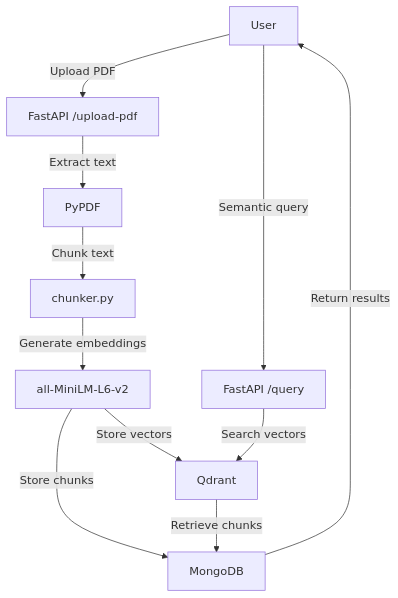
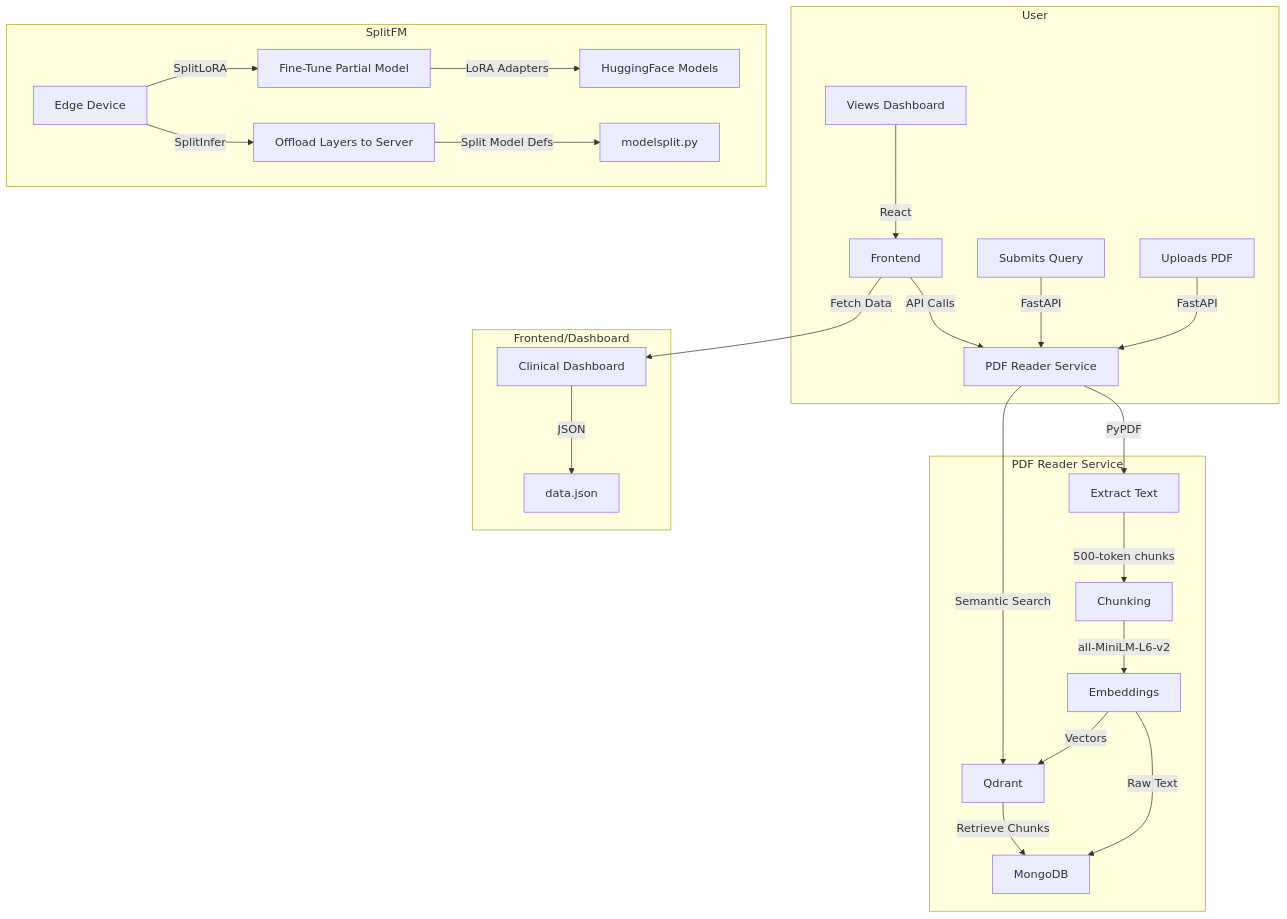
Before and after one commit to BurntDosa/CheckpointPlayground: the diagram in MASTER_CONTEXT.md, drawn with Mermaid. The commit also changed other lines of this file and 6 other files, not shown here.

````diff
--- a/MASTER_CONTEXT.md
+++ b/MASTER_CONTEXT.md
@@ -31,13 +12,31 @@
 ```mermaid
 graph TD
-    A[User] -->|Upload PDF| B[FastAPI /upload-pdf]
-    B -->|Extract text| C[PyPDF]
-    C -->|Chunk text| D[chunker.py]
-    D -->|Generate embeddings| E[all-MiniLM-L6-v2]
-    E -->|Store chunks| F[MongoDB]
-    E -->|Store vectors| G[Qdrant]
-    A -->|Semantic query| H[FastAPI /query]
-    H -->|Search vectors| G
-    G -->|Retrieve chunks| F
-    F -->|Return results| A
+    subgraph User
+        A[Uploads PDF] -->|FastAPI| B[PDF Reader Service]
+        C[Submits Query] -->|FastAPI| B
+        D[Views Dashboard] -->|React| E[Frontend]
+    end
+
+    subgraph PDF Reader Service
+        B -->|PyPDF| F[Extract Text]
+        F -->|500-token chunks| G[Chunking]
+        G -->|all-MiniLM-L6-v2| H[Embeddings]
+        H -->|Vectors| I[Qdrant]
+        H -->|Raw Text| J[MongoDB]
+        B -->|Semantic Search| I
+        I -->|Retrieve Chunks| J
+    end
+
+    subgraph SplitFM
+        K[Edge Device] -->|SplitLoRA| L[Fine-Tune Partial Model]
+        K -->|SplitInfer| M[Offload Layers to Server]
+        L -->|LoRA Adapters| N[HuggingFace Models]
+        M -->|Split Model Defs| O[modelsplit.py]
+    end
+
+    subgraph Frontend/Dashboard
+        E -->|API Calls| B
+        E -->|Fetch Data| P[Clinical Dashboard]
+        P -->|JSON| Q[data.json]
+    end
 ```
````
